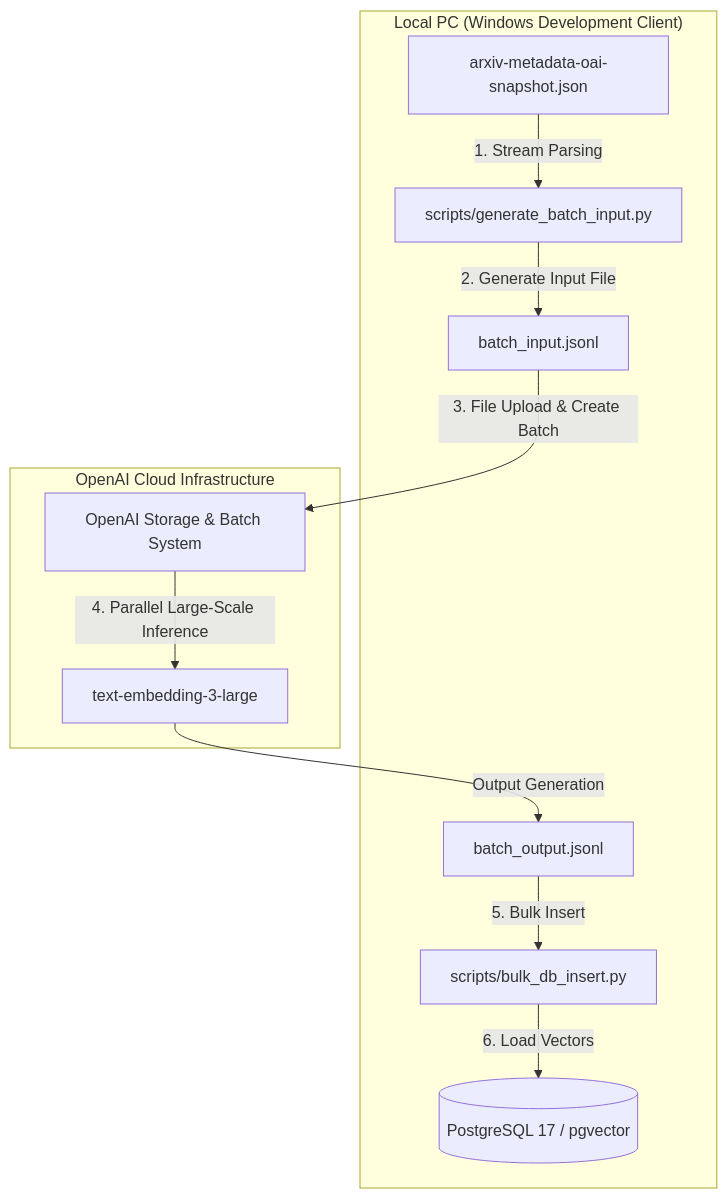
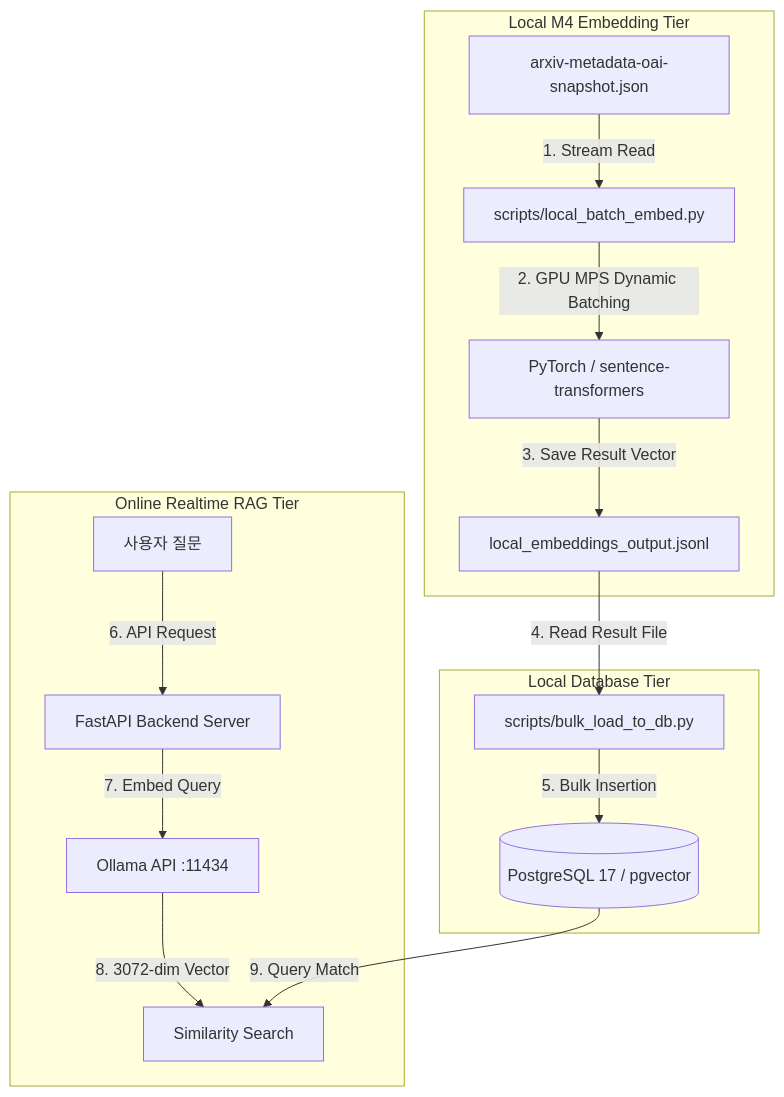
Before and after one commit to bist-mini-2/bist-mini-2: the diagram in docs/deliverables/2nd/project_plans/local-distributed-embedding-guide.md, drawn with Mermaid. The commit also changed other lines of this file, not shown here.

Commit message:
docs: change embedding guide to local file-based batch pipeline

````diff
--- a/docs/deliverables/2nd/project_plans/local-distributed-embedding-guide.md
+++ b/docs/deliverables/2nd/project_plans/local-distributed-embedding-guide.md
@@ -11,15 +12,20 @@
 ```mermaid
 flowchart TD
-    subgraph LocalPC ["Local PC (Windows Development Client)"]
-        A[arxiv-metadata-oai-snapshot.json] -->|1. Stream Parsing| B[scripts/generate_batch_input.py]
-        B -->|2. Generate Input File| C[batch_input.jsonl]
-        F[batch_output.jsonl] -->|5. Bulk Insert| G[scripts/bulk_db_insert.py]
-        G -->|6. Load Vectors| H[(PostgreSQL 17 / pgvector)]
+    subgraph MacMini ["Local M4 Embedding Tier"]
+        A[arxiv-metadata-oai-snapshot.json] -->|1. Stream Read| B[scripts/local_batch_embed.py]
+        B -->|2. GPU MPS Dynamic Batching| C[PyTorch / sentence-transformers]
+        C -->|3. Save Result Vector| D[local_embeddings_output.jsonl]
     end
 
-    subgraph OpenAICloud ["OpenAI Cloud Infrastructure"]
-        C -->|3. File Upload & Create Batch| D[OpenAI Storage & Batch System]
-        D -->|4. Parallel Large-Scale Inference| E[text-embedding-3-large]
-        E -->|Output Generation| F
+    subgraph DBTier ["Local Database Tier"]
+        D -->|4. Read Result File| E[scripts/bulk_load_to_db.py]
+        E -->|5. Bulk Insertion| F[(PostgreSQL 17 / pgvector)]
+    end
+
+    subgraph OnlineService ["Online Realtime RAG Tier"]
+        G[사용자 질문] -->|6. API Request| H[FastAPI Backend Server]
+        H -->|7. Embed Query| I[Ollama API :11434]
+        I -->|8. 3072-dim Vector| J[Similarity Search]
+        F -->|9. Query Match| J
     end
 ```
````
